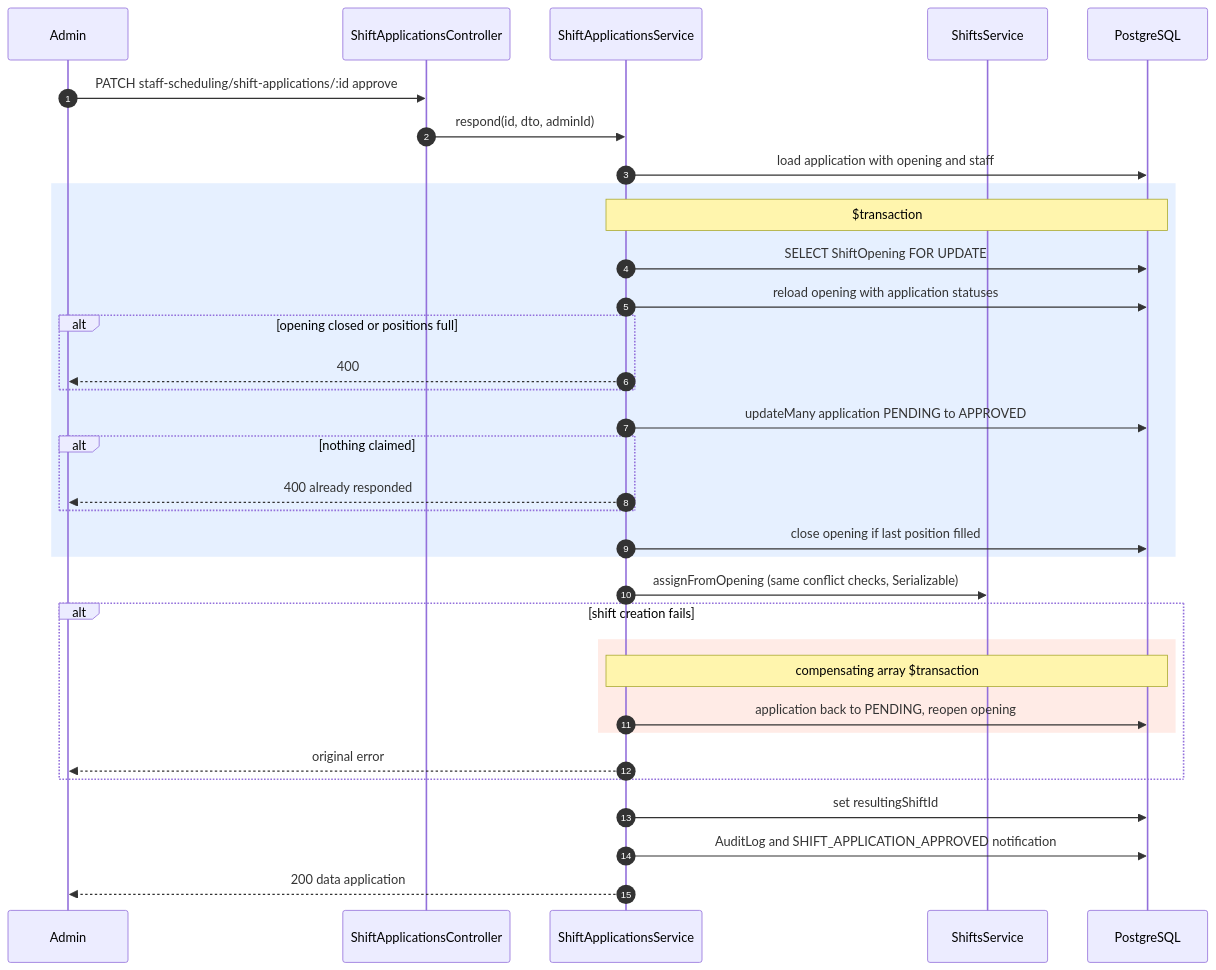
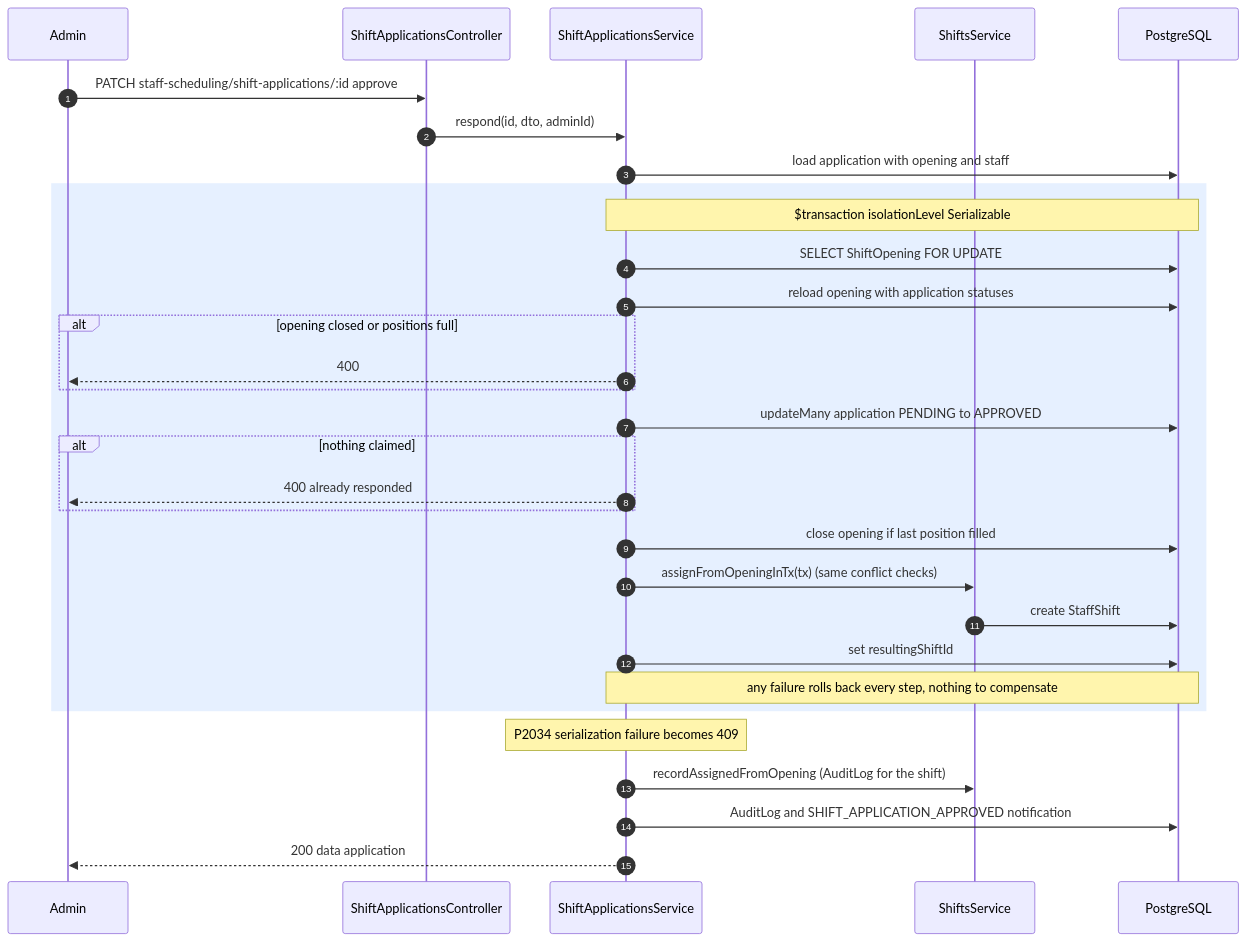
Diagram 33 of 38 in backend/api/ARCHITECTURE.md (muhammadhamd56-cloud/hospital-management-system), drawn with Mermaid before and after one commit. The commit also changed other lines of this file and 13 other files, not shown here.

First line of the commit message:
docs: document the Ollama-based Admin AI and correct stale architecture gaps

````diff
--- a/backend/api/ARCHITECTURE.md
+++ b/backend/api/ARCHITECTURE.md
@@ -2451,37 +2436,34 @@
 ```mermaid
 sequenceDiagram
   autonumber
   participant A as Admin
   participant SAC as ShiftApplicationsController
   participant SAS as ShiftApplicationsService
   participant SS as ShiftsService
   participant DB as PostgreSQL
 
   A->>SAC: PATCH staff-scheduling/shift-applications/:id approve
   SAC->>SAS: respond(id, dto, adminId)
   SAS->>DB: load application with opening and staff
   rect rgb(230, 240, 255)
-    Note over SAS,DB: $transaction
+    Note over SAS,DB: $transaction isolationLevel Serializable
     SAS->>DB: SELECT ShiftOpening FOR UPDATE
     SAS->>DB: reload opening with application statuses
     alt opening closed or positions full
       SAS-->>A: 400
     end
     SAS->>DB: updateMany application PENDING to APPROVED
     alt nothing claimed
       SAS-->>A: 400 already responded
     end
     SAS->>DB: close opening if last position filled
+    SAS->>SS: assignFromOpeningInTx(tx) (same conflict checks)
+    SS->>DB: create StaffShift
+    SAS->>DB: set resultingShiftId
+    Note over SAS,DB: any failure rolls back every step, nothing to compensate
   end
-  SAS->>SS: assignFromOpening (same conflict checks, Serializable)
-  alt shift creation fails
-    rect rgb(255, 235, 230)
-      Note over SAS,DB: compensating array $transaction
-      SAS->>DB: application back to PENDING, reopen opening
-    end
-    SAS-->>A: original error
-  end
-  SAS->>DB: set resultingShiftId
+  Note over SAS: P2034 serialization failure becomes 409
+  SAS->>SS: recordAssignedFromOpening (AuditLog for the shift)
   SAS->>DB: AuditLog and SHIFT_APPLICATION_APPROVED notification
   SAS-->>A: 200 data application
 ```
````
